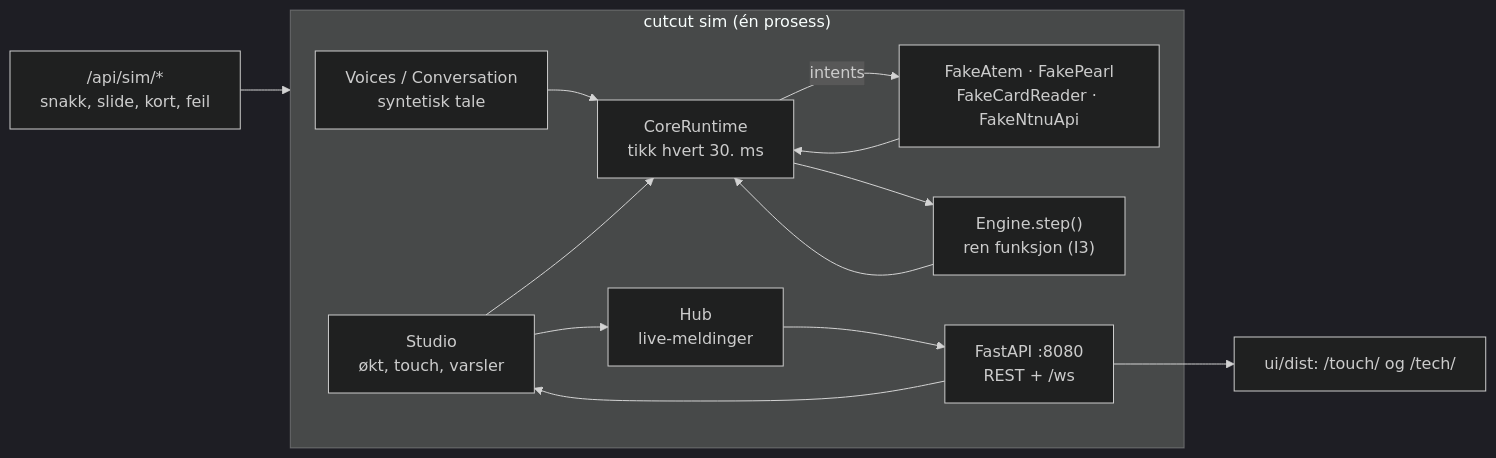
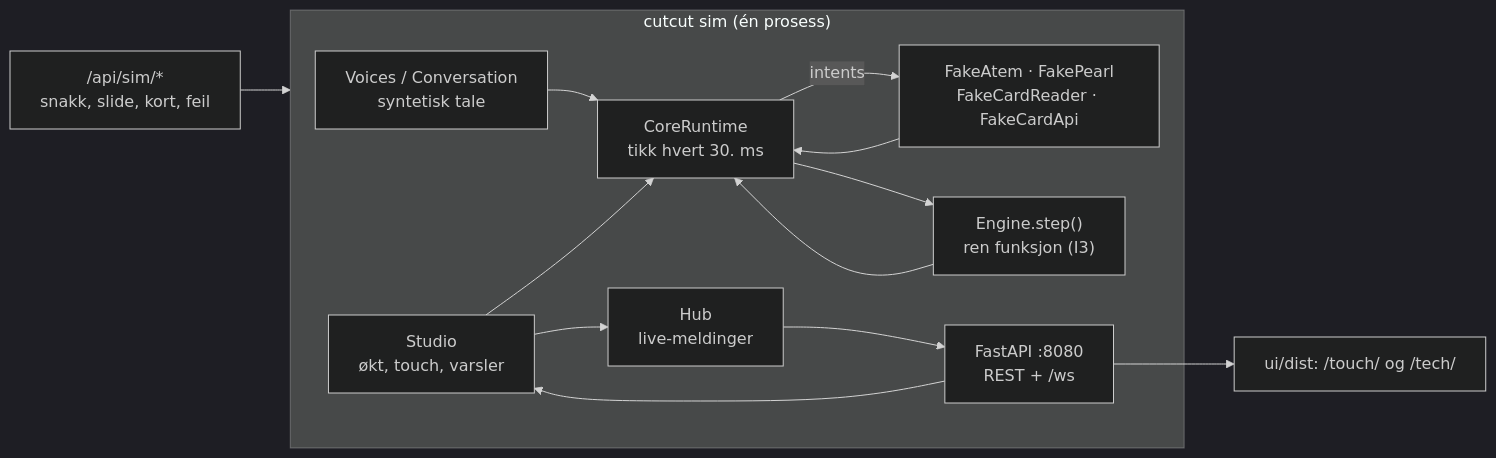
One commit to multimediesenteret/CutCutStudio changed the second of 5 diagrams in docs/architecture/README.md. Above: the diagram before and after it, drawn with Mermaid (dark theme). The commit also changed other lines of this file and 105 other files, not shown here.

````diff
--- a/docs/architecture/README.md
+++ b/docs/architecture/README.md
@@ -57,16 +57,16 @@
 ```mermaid
 flowchart LR
   subgraph SIM["cutcut sim (én prosess)"]
     VOICES["Voices / Conversation<br/>syntetisk tale"] --> RT
-    FAKES["FakeAtem · FakePearl<br/>FakeCardReader · FakeNtnuApi"] --> RT
+    FAKES["FakeAtem · FakePearl<br/>FakeCardReader · FakeCardApi"] --> RT
     RT["CoreRuntime<br/>tikk hvert 30. ms"] --> ENG["Engine.step()<br/>ren funksjon (I3)"]
     ENG --> RT
     RT -- intents --> FAKES
     STUDIO["Studio<br/>økt, touch, varsler"] --> RT
     STUDIO --> HUB["Hub<br/>live-meldinger"]
     API["FastAPI :8080<br/>REST + /ws"] --> STUDIO
     HUB --> API
   end
   API --> UI["ui/dist: /touch/ og /tech/"]
   CTRL["/api/sim/*<br/>snakk, slide, kort, feil"] --> SIM
 ```
````
